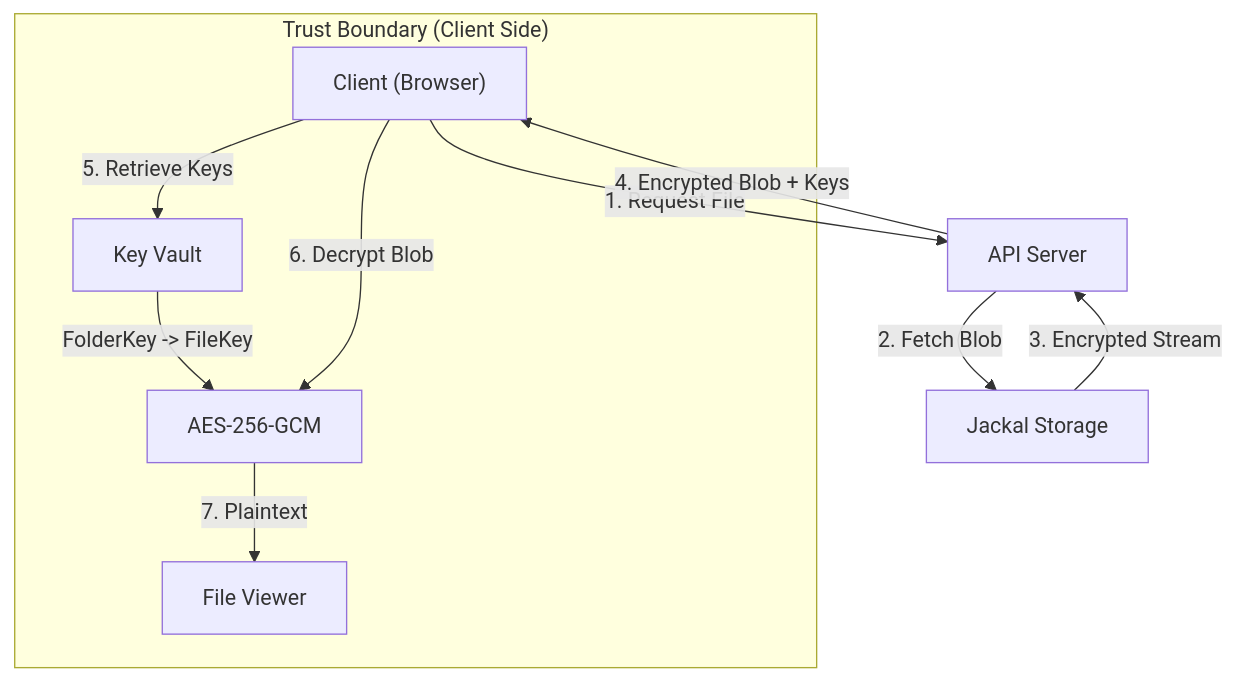
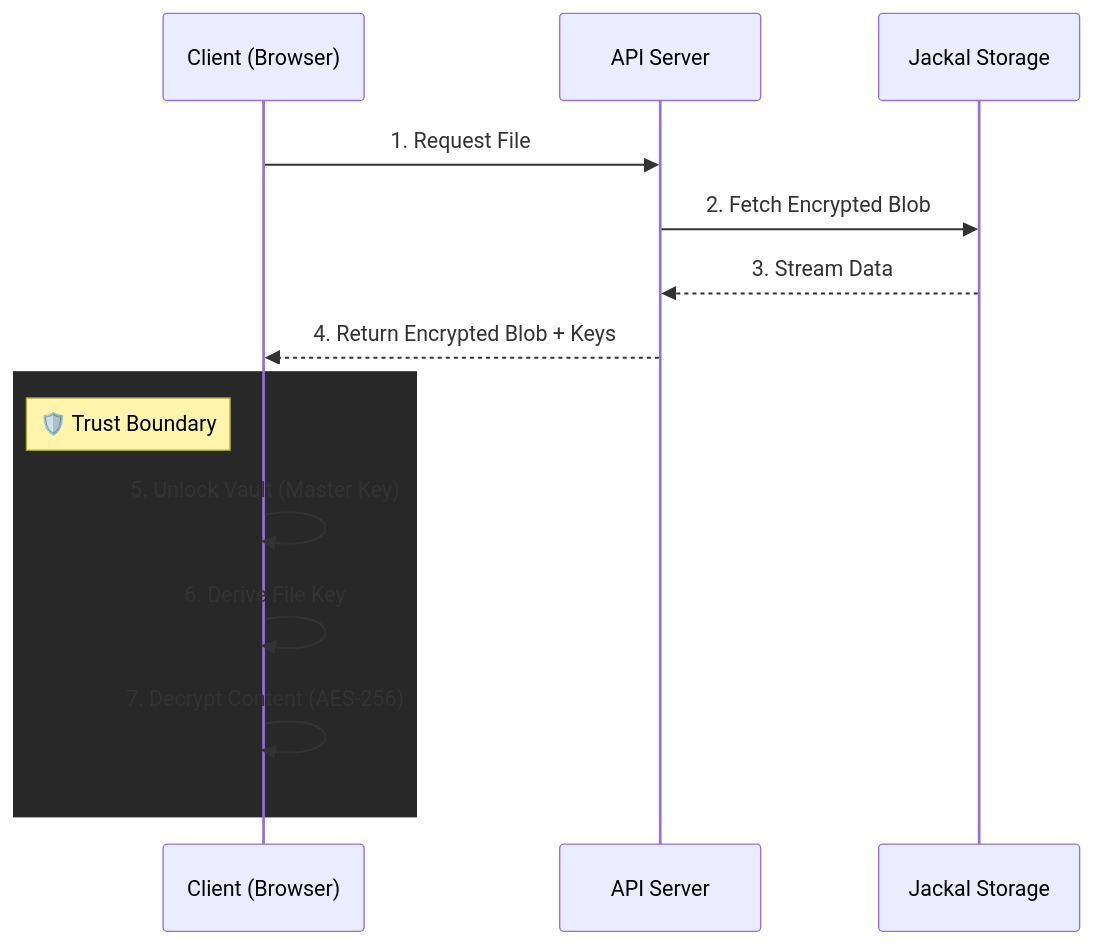
One commit to jtoba66/Lazybird-Nest changed the second of 2 diagrams in README.md. Above: the diagram before and after it, drawn with Mermaid.

Commit message:
Docs: Switch to sequence diagram for retrieval flow

````diff
--- a/README.md
+++ b/README.md
@@ -44,19 +44,18 @@
 ```mermaid
-graph TD
-    Client["Client (Browser)"] -->|1. Request File| Server[API Server]
-    Server -->|2. Fetch Blob| Jackal[Jackal Storage]
-    Jackal -->|3. Encrypted Stream| Server
-    Server -->|4. Encrypted Blob + Keys| Client
-    
-    subgraph "Trust Boundary (Client Side)"
-        Client
-        Vault[Key Vault]
-        Decryption[AES-256-GCM]
-        Viewer[File Viewer]
+sequenceDiagram
+    participant User as Client (Browser)
+    participant Server as API Server
+    participant Jackal as Jackal Storage
+
+    User->>Server: 1. Request File
+    Server->>Jackal: 2. Fetch Encrypted Blob
+    Jackal-->>Server: 3. Stream Data
+    Server-->>User: 4. Return Encrypted Blob + Keys
+
+    rect rgb(40, 40, 40)
+        Note left of User: 🛡️ Trust Boundary
+        User->>User: 5. Unlock Vault (Master Key)
+        User->>User: 6. Derive File Key
+        User->>User: 7. Decrypt Content (AES-256)
     end
-    
-    Client -- "5. Retrieve Keys" --> Vault
-    Vault -- "FolderKey -> FileKey" --> Decryption
-    Client -- "6. Decrypt Blob" --> Decryption
-    Decryption -- "7. Plaintext" --> Viewer
 ```
````
